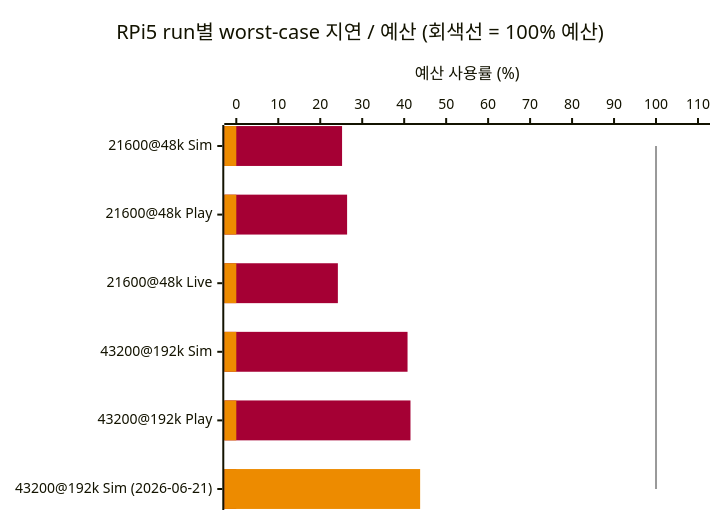
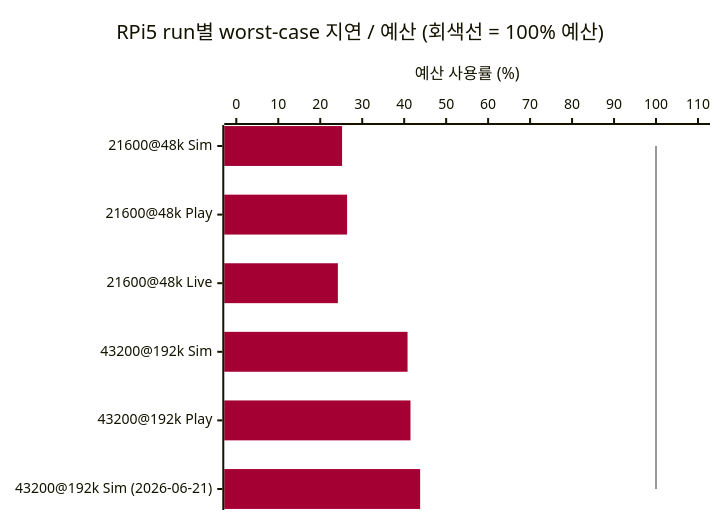
The second of 5 diagrams in Milestone/ko/4-Planned-Experiments.md (lgcmu2026-team5/TimeGrapher-Docs), drawn with Mermaid before and after one commit. The commit also changed other lines of this file and 1 other file, not shown here.

Commit message:
docs(exp): add E2E max charts to EXP-03 and 43200@192k Sim run to EXP-02
- EXP-03: per-tab E2E max bar chart (RPi5 43200@192k Sim) with 83.3 ms budget line
- EXP-02: add 2026-06-21 43200@192k Sim bar (36.46 ms = 43.8% budget)
- keep en/ko aligned

````diff
--- a/Milestone/ko/4-Planned-Experiments.md
+++ b/Milestone/ko/4-Planned-Experiments.md
@@ -109,10 +109,9 @@
 ```mermaid
-%%{init: {"themeVariables": {"xyChart": {"plotColorPalette": "#A50034, #ED8B00, #999999"}}}}%%
+%%{init: {"themeVariables": {"xyChart": {"plotColorPalette": "#A50034, #999999"}}}}%%
 xychart-beta horizontal
     title "RPi5 run별 worst-case 지연 / 예산 (회색선 = 100% 예산)"
     x-axis ["21600@48k Sim", "21600@48k Play", "21600@48k Live", "43200@192k Sim", "43200@192k Play", "43200@192k Sim (2026-06-21)"]
     y-axis "예산 사용률 (%)" 0 --> 110
-    bar [25.2, 26.4, 24.2, 40.8, 41.5, 0]
-    bar [0, 0, 0, 0, 0, 43.8]
+    bar [25.2, 26.4, 24.2, 40.8, 41.5, 43.8]
     line [100, 100, 100, 100, 100, 100]
 ```
````
